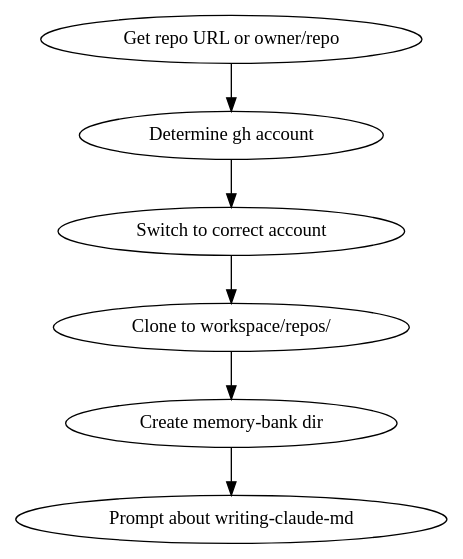
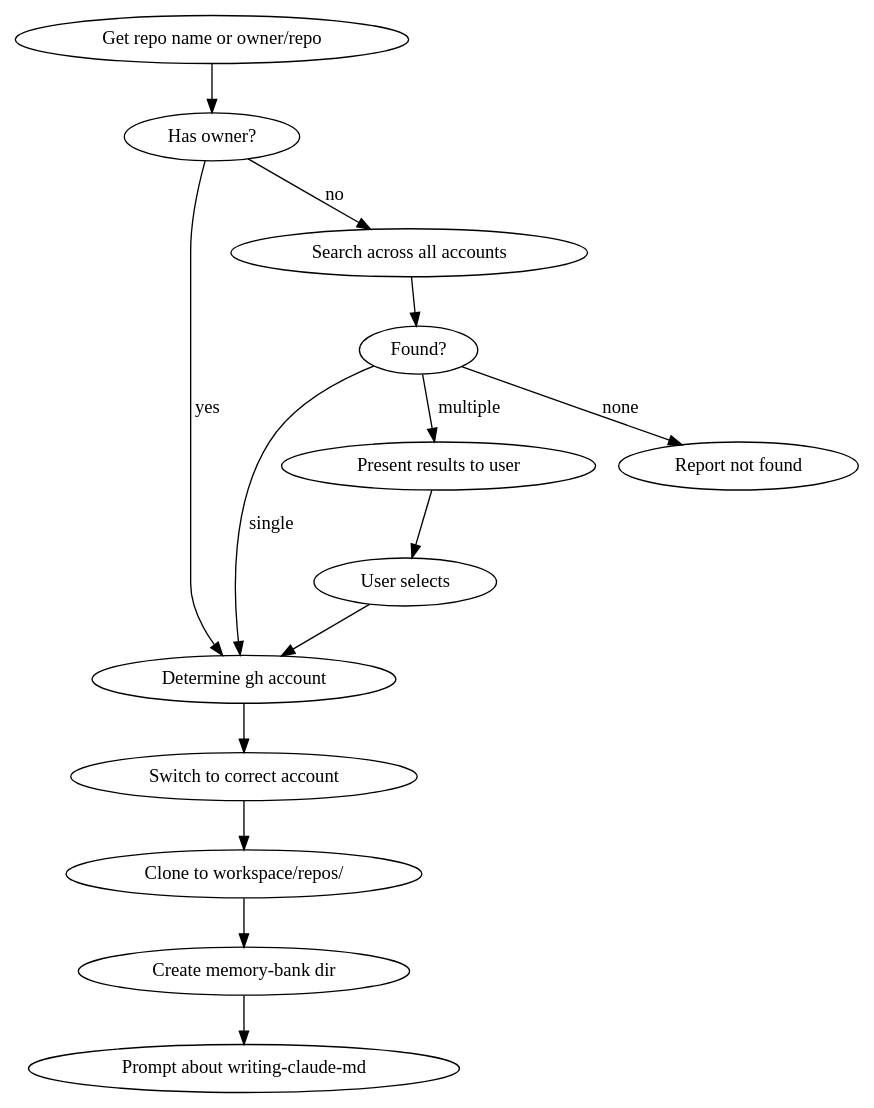
The diagram in skills/managing-workspace/SKILL.md (mao-family/claude-forge), drawn with Graphviz before and after one commit. The commit also changed other lines of this file, not shown here.

First line of the commit message:
feat(skills): add multi-account repo search to managing-workspace

````diff
--- a/skills/managing-workspace/SKILL.md
+++ b/skills/managing-workspace/SKILL.md
@@ -23,9 +23,16 @@
 ```dot
 digraph add_repo {
-  "Get repo URL or owner/repo" -> "Determine gh account";
+  "Get repo name or owner/repo" -> "Has owner?";
+  "Has owner?" -> "Determine gh account" [label="yes"];
+  "Has owner?" -> "Search across all accounts" [label="no"];
+  "Search across all accounts" -> "Found?" ;
+  "Found?" -> "Present results to user" [label="multiple"];
+  "Found?" -> "Determine gh account" [label="single"];
+  "Found?" -> "Report not found" [label="none"];
+  "Present results to user" -> "User selects" -> "Determine gh account";
   "Determine gh account" -> "Switch to correct account";
   "Switch to correct account" -> "Clone to workspace/repos/";
   "Clone to workspace/repos/" -> "Create memory-bank dir";
   "Create memory-bank dir" -> "Prompt about writing-claude-md";
 }
 ```
````
